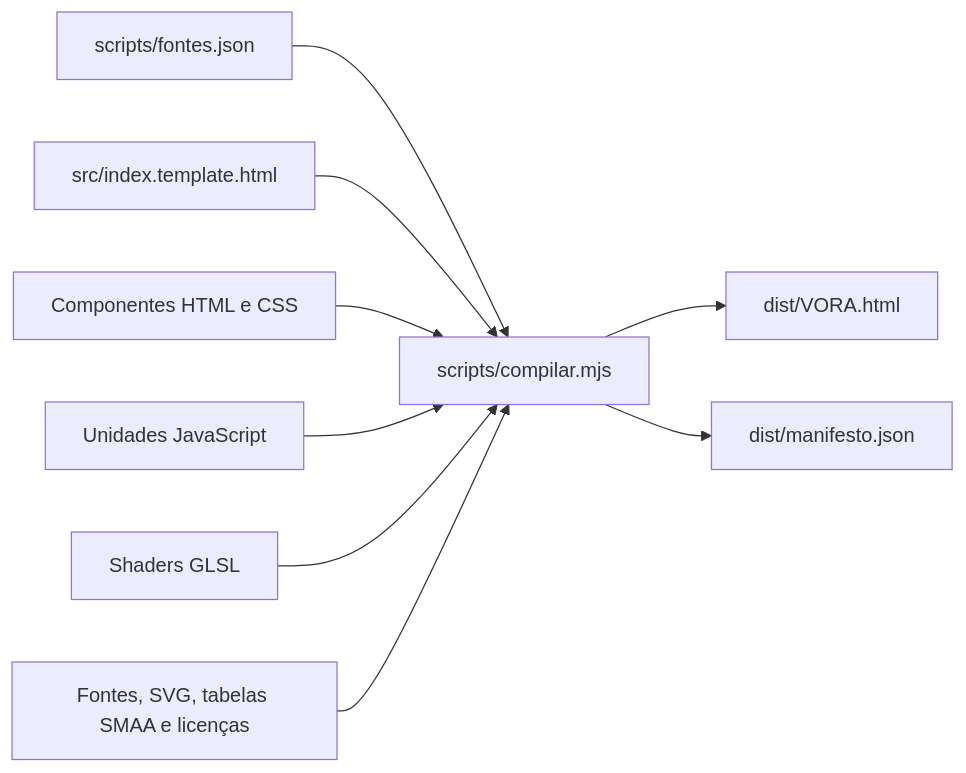
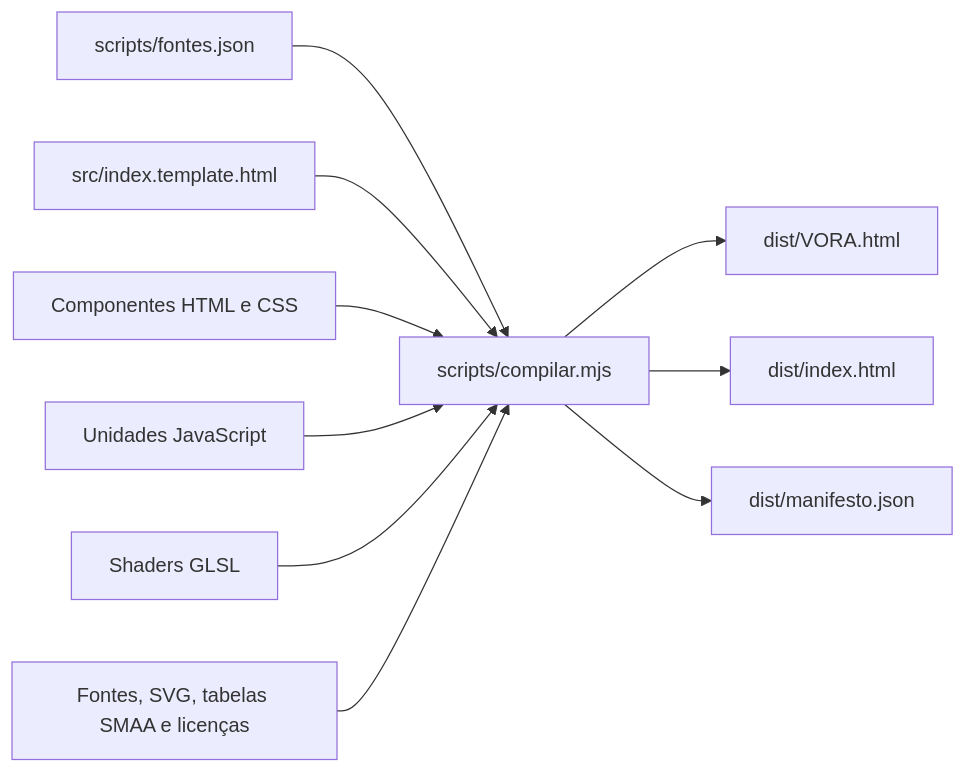
Before and after one commit to kaykm/VORA: the diagram in docs/ARQUITETURA.md, drawn with Mermaid. The commit also changed other lines of this file and 10 other files, not shown here.

````diff
--- a/docs/ARQUITETURA.md
+++ b/docs/ARQUITETURA.md
@@ -15,11 +15,12 @@
 ```mermaid
 flowchart LR
   M[scripts/fontes.json] --> G[scripts/compilar.mjs]
   H[src/index.template.html] --> G
   U[Componentes HTML e CSS] --> G
   J[Unidades JavaScript] --> G
   S[Shaders GLSL] --> G
   A[Fontes, SVG, tabelas SMAA e licenças] --> G
   G --> D[dist/VORA.html]
+  G --> P[dist/index.html]
   G --> I[dist/manifesto.json]
 ```
````
